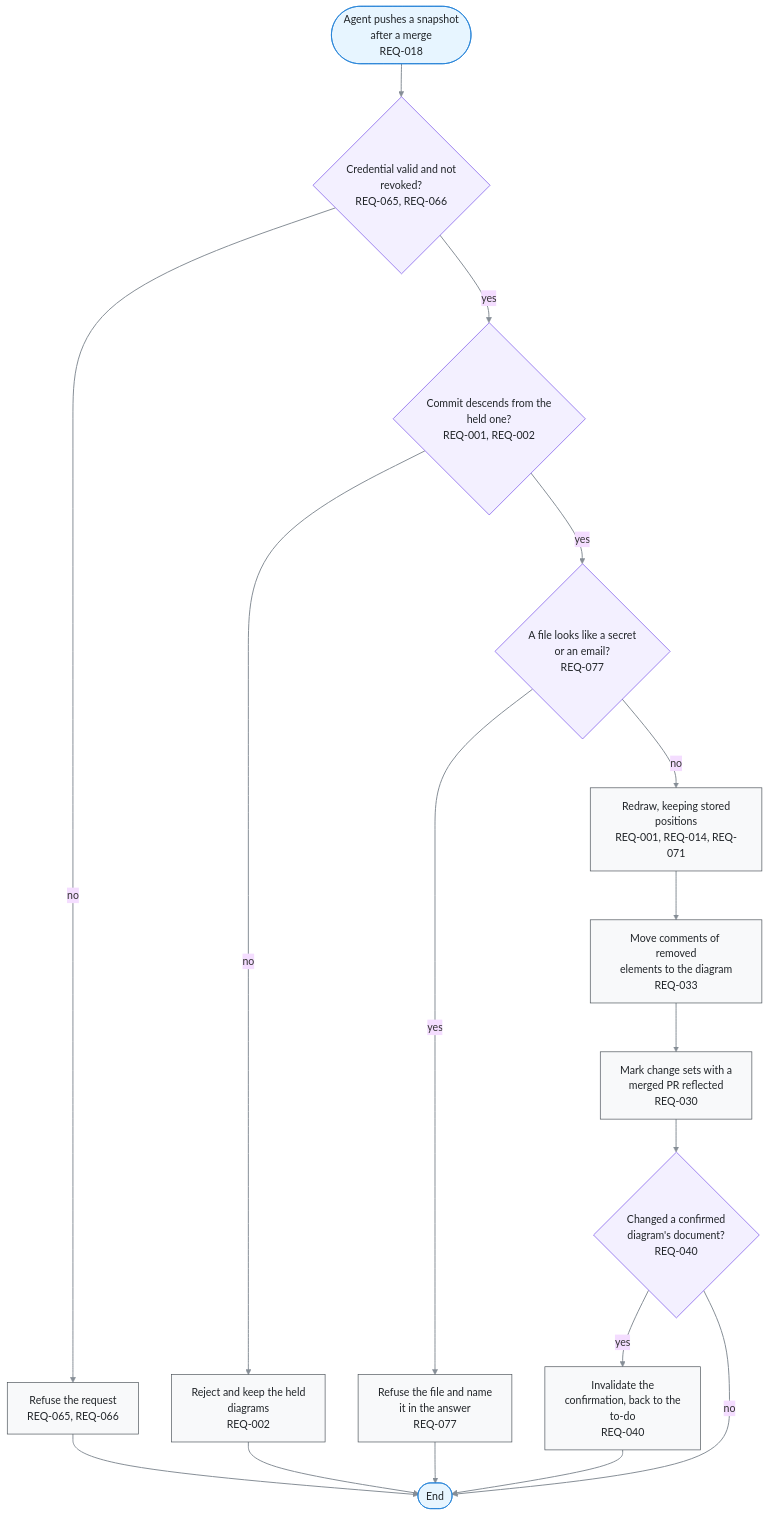
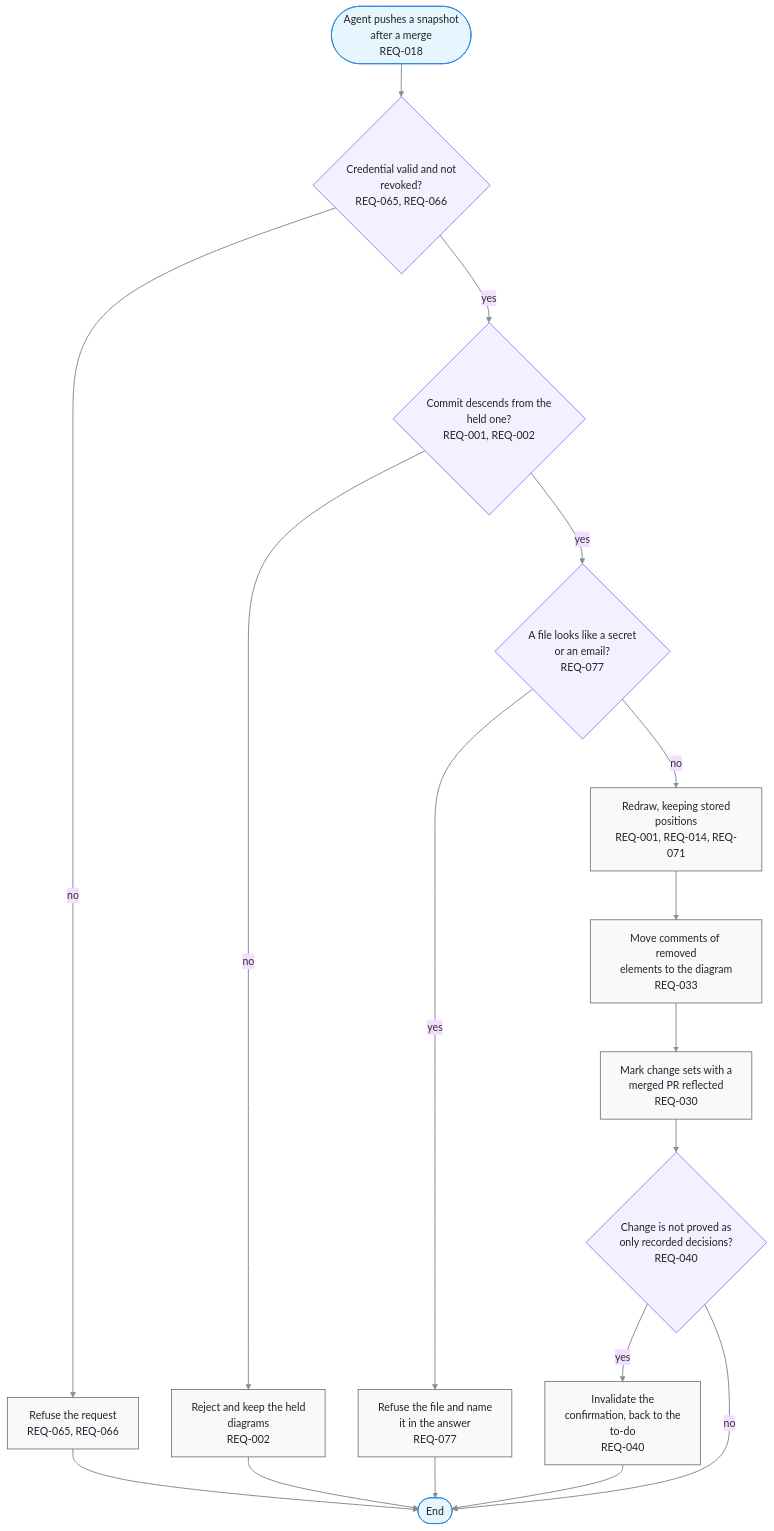
Before and after one commit to kodonghui/corthex-nexus: the diagram in docs/03-user-flow/FL-007-draw-a-new-snapshot.md, drawn with Mermaid (base theme). The commit also changed 64 other files, not shown here.

````diff
--- a/docs/03-user-flow/FL-007-draw-a-new-snapshot.md
+++ b/docs/03-user-flow/FL-007-draw-a-new-snapshot.md
@@ -9,42 +9,42 @@
 ```mermaid
 flowchart TD
   A(["Agent pushes a snapshot<br/>after a merge<br/>REQ-018"])
   B{"Credential valid and not<br/>revoked?<br/>REQ-065, REQ-066"}
   C{"Commit descends from the<br/>held one?<br/>REQ-001, REQ-002"}
   D{"A file looks like a secret<br/>or an email?<br/>REQ-077"}
   E["Redraw, keeping stored<br/>positions<br/>REQ-001, REQ-014, REQ-071"]
   F["Move comments of removed<br/>elements to the diagram<br/>REQ-033"]
   G["Mark change sets with a<br/>merged PR reflected<br/>REQ-030"]
-  H{"Changed a confirmed<br/>diagram's document?<br/>REQ-040"}
+  H{"Change is not proved as<br/>only recorded decisions?<br/>REQ-040"}
   I["Invalidate the<br/>confirmation, back to the<br/>to-do<br/>REQ-040"]
   R1["Refuse the request<br/>REQ-065, REQ-066"]
   R2["Reject and keep the held<br/>diagrams<br/>REQ-002"]
   R3["Refuse the file and name<br/>it in the answer<br/>REQ-077"]
   Z(["End"])
   A e1@--> B
   B e2@-->|no| R1
   B e3@-->|yes| C
   C e4@-->|no| R2
   C e5@-->|yes| D
   D e6@-->|yes| R3
   D e7@-->|no| E
   E e8@--> F
   F e9@--> G
   G e10@--> H
   H e11@-->|yes| I
   H e12@-->|no| Z
   I e13@--> Z
   R1 e14@--> Z
   R2 e15@--> Z
   R3 e16@--> Z
   %% legend: below
   classDef term fill:#e7f5ff,stroke:#1c7ed6,color:#212529
   classDef proc fill:#f8f9fa,stroke:#495057,color:#212529
   classDef decide fill:#f3f0ff,stroke:#7048e8,color:#212529
   classDef gap fill:#f1f3f5,stroke:#adb5bd,stroke-dasharray:2 3,color:#495057
   classDef pass stroke:#868e96,stroke-width:1.5px
   class A,Z term
   class E,F,G,I,R1,R2,R3 proc
   class B,C,D,H decide
   class e1,e2,e3,e4,e5,e6,e7,e8,e9,e10,e11,e12,e13,e14,e15,e16 pass
 ```
````
